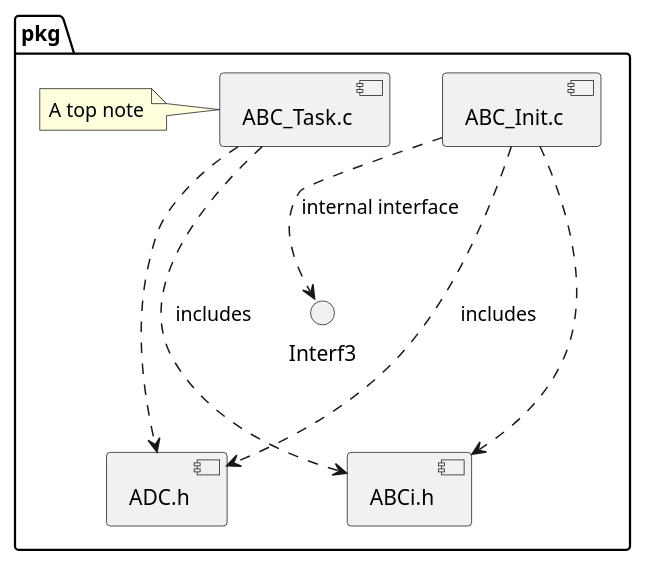
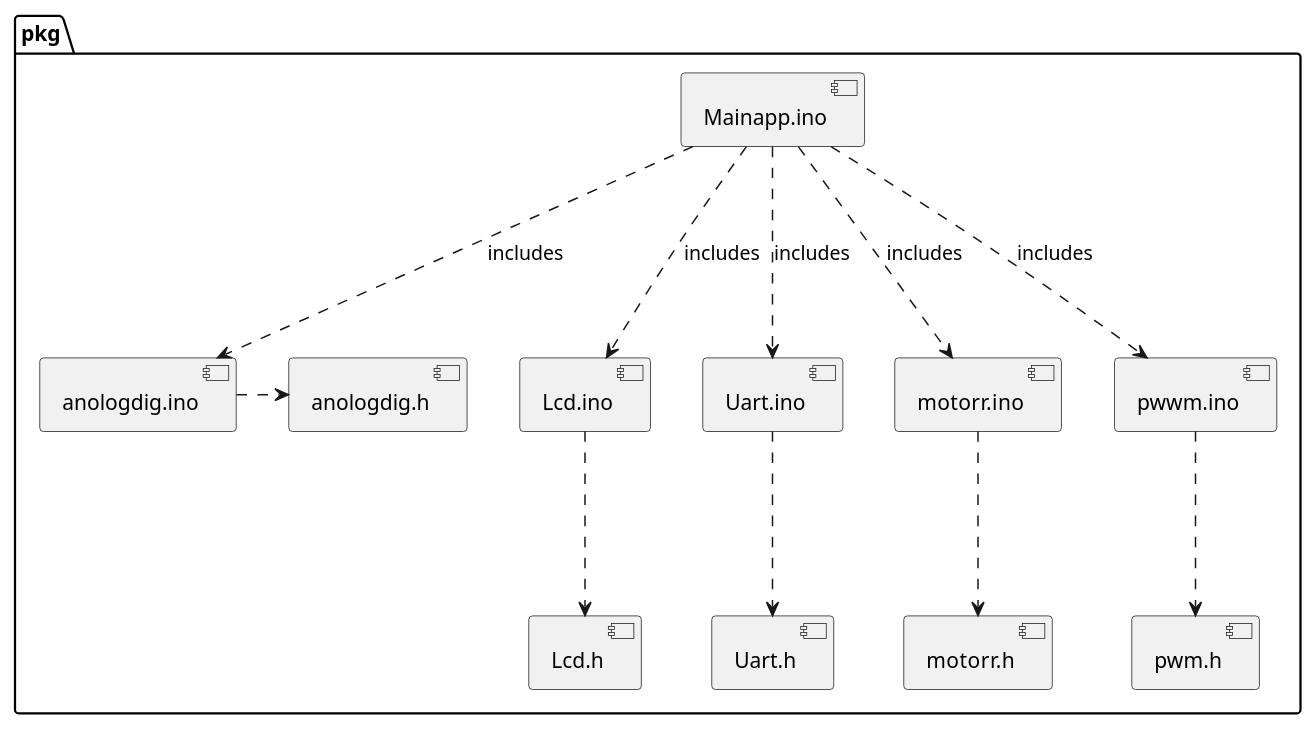
The third of 3 diagrams in project_design_tpl copy.md (zeinaa19/embedded-final-assignment-), drawn with PlantUML before and after one commit.

Commit message:
Update project_design_tpl copy.md

````diff
--- a/project_design_tpl copy.md
+++ b/project_design_tpl copy.md
@@ -111,13 +111,17 @@
 ```plantuml
 @startuml
 package "pkg" {
-    [ABC_Init.c].>[ADC.h] : includes
-    [ABC_Init.c]...>[ABCi.h]
-    [ABC_Task.c]...>[ADC.h]
-    [ABC_Task.c]...>[ABCi.h] : includes
-    interface Interf3
-    note left of ABC_Task.c: A top note
-    ABC_Init.c ..> Interf3 : internal interface
+    [Mainapp.ino]...>[anologdig.ino] : includes
+    [Mainapp.ino]...>[Lcd.ino] : includes
+    [Mainapp.ino]...>[Uart.ino] : includes
+    [Mainapp.ino]...>[motorr.ino] : includes
+    [Mainapp.ino]...>[pwwm.ino] : includes
+    [anologdig.ino].>[anologdig.h] 
+    [Lcd.ino]...>[Lcd.h]
+    [Uart.ino]...>[Uart.h]
+    [pwwm.ino]...>[pwm.h]
+    [motorr.ino]...>[motorr.h]
+    
 }
 @enduml
 ```
````
